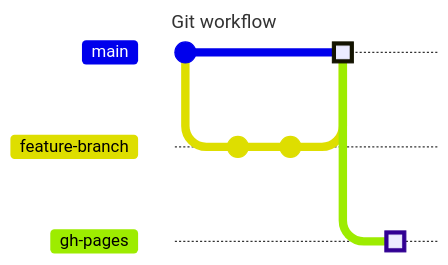
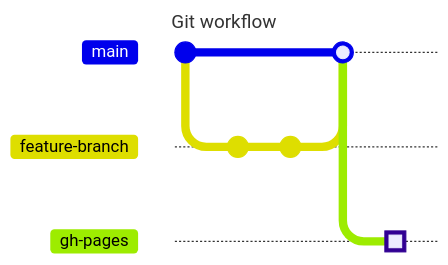
One commit to NikkiAsteinza/Unity-WebGL-Automatic-build-and-deployment changed the second of 2 diagrams in README.md. Above: the diagram before and after it, drawn with Mermaid. Commit ids are hidden.

Commit message:
readme: highlight correct deployment point

````diff
--- a/README.md
+++ b/README.md
@@ -17,16 +17,16 @@
 ```mermaid
 ---
 title: Git workflow
 ---
 gitGraph
    commit
    branch feature-branch
    checkout feature-branch
    commit
    commit
    checkout main
-   merge feature-branch id: "Deployment" type: HIGHLIGHT
+   merge feature-branch
    branch gh-pages
    checkout gh-pages
-   commit type: HIGHLIGHT
+   commit id: "Deployment" type: HIGHLIGHT
 ```
````
